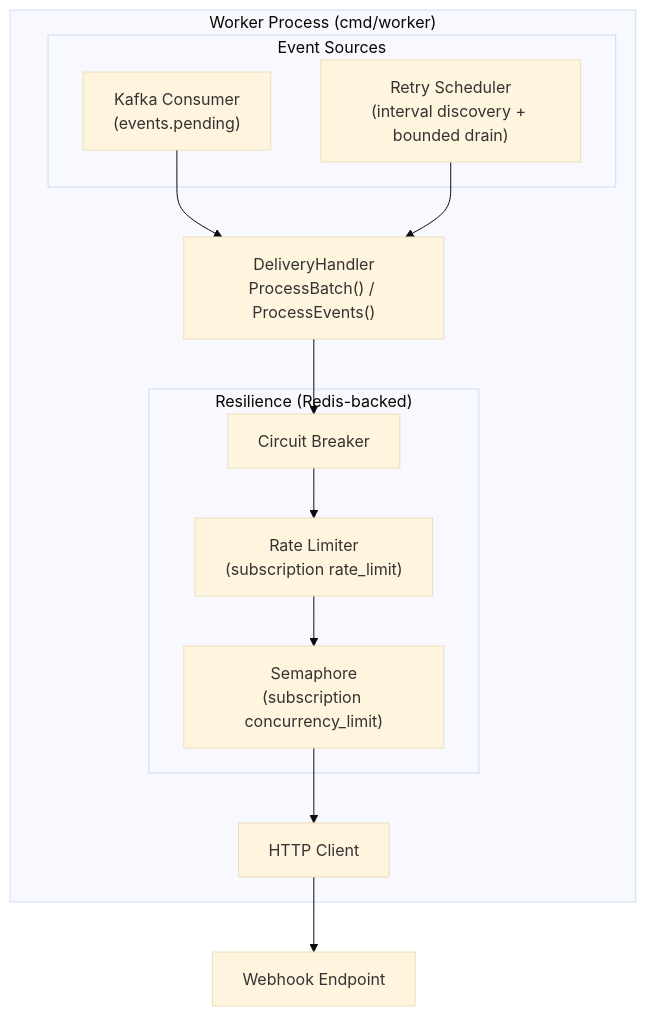
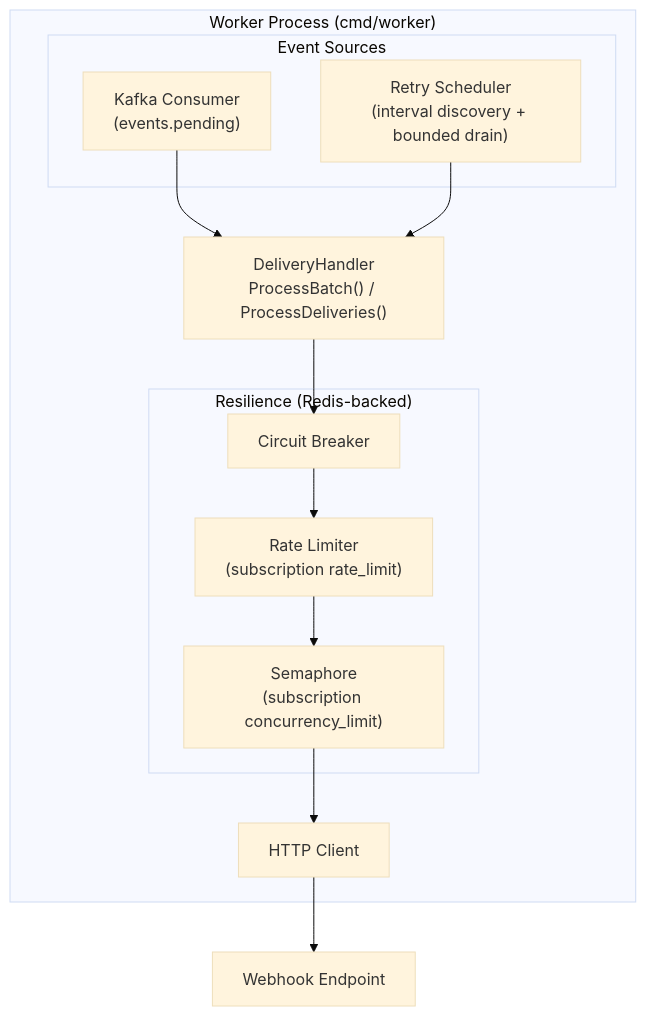
One commit to felipepmaragno/webhook-service changed the fourth of 13 diagrams in docs/architecture.md. Above: the diagram before and after it, drawn with Mermaid (base theme). The commit also changed other lines of this file and 30 other files, not shown here.

````diff
--- a/docs/architecture.md
+++ b/docs/architecture.md
@@ -198,27 +196,27 @@
 ```mermaid
 flowchart TB
     subgraph Worker["Worker Process (cmd/worker)"]
         subgraph Sources["Event Sources"]
             Kafka["Kafka Consumer<br/>(events.pending)"]
             Poller["Retry Scheduler<br/>(interval discovery + bounded drain)"]
         end
         
-        Handler["DeliveryHandler<br/>ProcessBatch() / ProcessEvents()"]
+        Handler["DeliveryHandler<br/>ProcessBatch() / ProcessDeliveries()"]
         
         subgraph Resilience["Resilience (Redis-backed)"]
             CB["Circuit Breaker"]
             RL["Rate Limiter<br/>(subscription rate_limit)"]
             Sem["Semaphore<br/>(subscription concurrency_limit)"]
         end
         
         HTTP["HTTP Client"]
     end
     
     Kafka --> Handler
     Poller --> Handler
     Handler --> CB
     CB --> RL
     RL --> Sem
     Sem --> HTTP
     HTTP --> Endpoint["Webhook Endpoint"]
 ```
````
